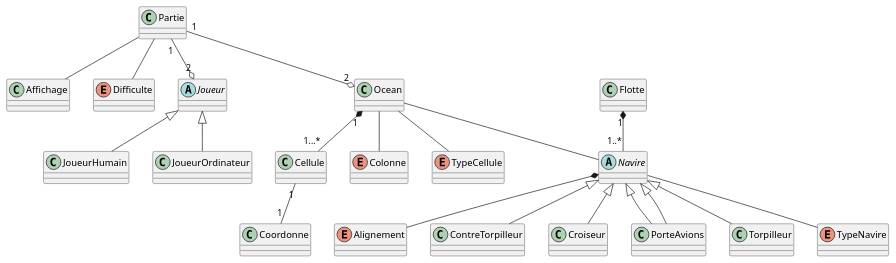
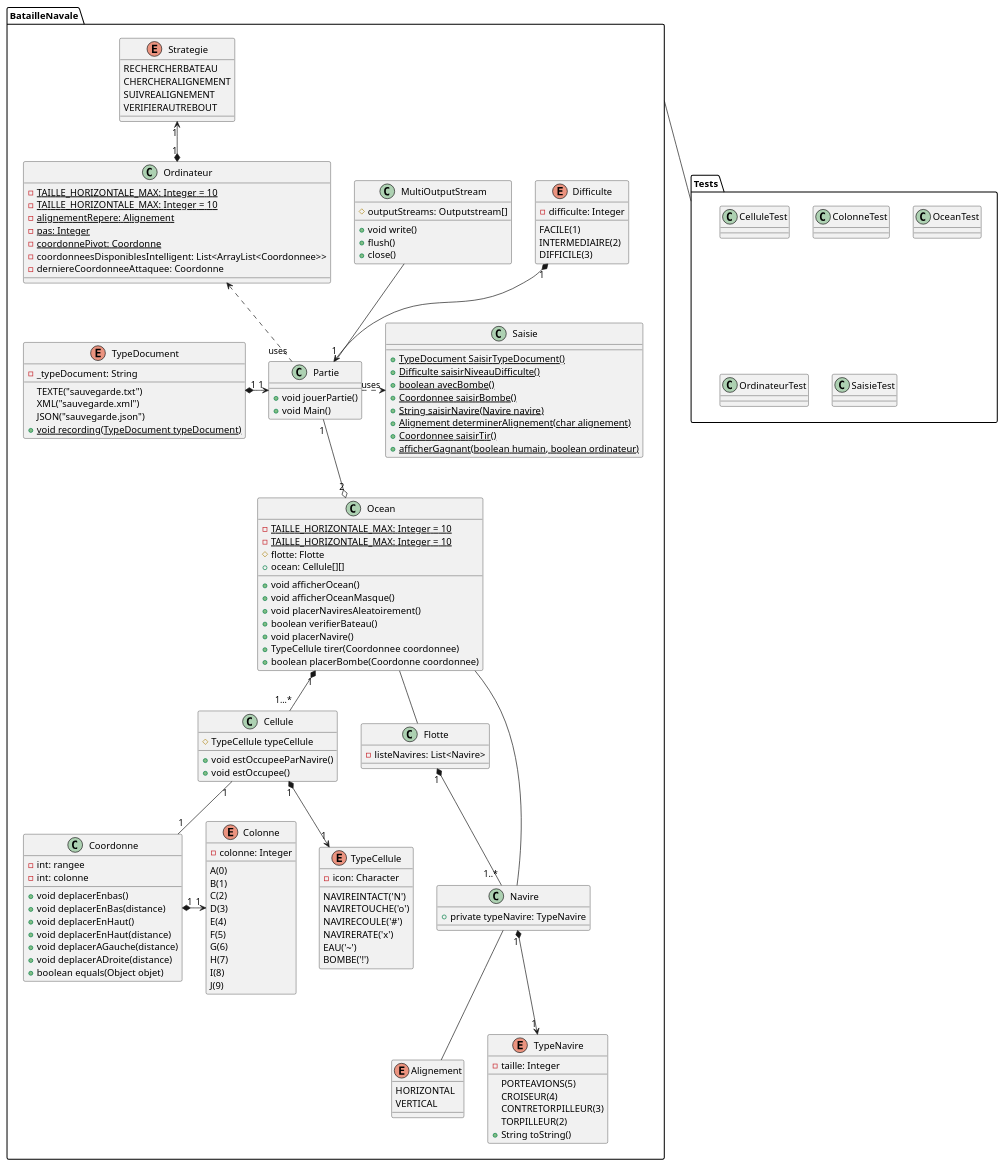
Before and after one commit to Jeremie-Gour/BatailleNavale: the diagram in Diagramme de classes.puml, drawn with PlantUML. The commit also changed 4 other files, not shown here.

```diff
--- a/Diagramme de classes.puml
+++ b/Diagramme de classes.puml
@@ -1,103 +1,204 @@
 @startuml
 'https://plantuml.com/class-diagram
 
-class Affichage{
+
+package BatailleNavale{
+    enum Alignement{
+        HORIZONTAL
+        VERTICAL
+    }
+
+    class Cellule{
+         #TypeCellule typeCellule
+
+         + void estOccupeeParNavire()
+         + void estOccupee()
+    }
+
+    enum Colonne{
+           -colonne: Integer
+           A(0)
+           B(1)
+           C(2)
+           D(3)
+           E(4)
+           F(5)
+           G(6)
+           H(7)
+           I(8)
+           J(9)
+    }
+
+
+    class Coordonne{
+            -int: rangee
+            -int: colonne
+            + void deplacerEnbas()
+            +void deplacerEnBas(distance)
+            +void deplacerEnHaut()
+            +void deplacerEnHaut(distance)
+            +void deplacerAGauche(distance)
+              +void deplacerADroite(distance)
+              + boolean equals(Object objet)
+    }
+
+    enum Difficulte{
+        FACILE(1)
+        INTERMEDIAIRE(2)
+        DIFFICILE(3)
+        - difficulte: Integer
+    }
+
+    class Flotte{
+        - listeNavires: List<Navire>
+    }
+
+    class MultiOutputStream{
+        # outputStreams: Outputstream[]
+        +void write()
+        +flush()
+        +close()
+    }
+
+
+    class Navire{
+         +private typeNavire: TypeNavire
+    }
+
+    class Ocean{
+            -{static} TAILLE_HORIZONTALE_MAX: Integer = 10
+            -{static} TAILLE_HORIZONTALE_MAX: Integer = 10
+            #flotte: Flotte
+            + ocean: Cellule[][]
+           +void afficherOcean()
+            +void afficherOceanMasque()
+            +void placerNaviresAleatoirement()
+            +boolean verifierBateau()
+            +void placerNavire()
+            +TypeCellule tirer(Coordonnee coordonnee)
+            +boolean placerBombe(Coordonne coordonnee)
+    }
+
+    class Ordinateur{
+        -{static} TAILLE_HORIZONTALE_MAX: Integer = 10
+                    -{static} TAILLE_HORIZONTALE_MAX: Integer = 10
+                    - {static} alignementRepere: Alignement
+                    - {static} pas: Integer
+                    - {static} coordonnePivot: Coordonne
+        - coordonneesDisponiblesIntelligent: List<ArrayList<Coordonnee>>
+        - derniereCoordonneeAttaquee: Coordonne
+
+
+    }
+    class Partie{
+        +void jouerPartie()
+        +void Main()
+    }
+
+    class Saisie{
+        +{static} TypeDocument SaisirTypeDocument()
+        +{static} Difficulte saisirNiveauDifficulte()
+        +{static} boolean avecBombe()
+        +{static} Coordonnee saisirBombe()
+        +{static} String saisirNavire(Navire navire)
+        +{static} Alignement determinerAlignement(char alignement)
+        +{static} Coordonnee saisirTir()
+        +{static} afficherGagnant(boolean humain, boolean ordinateur)
+
+    }
+    enum Strategie{
+        RECHERCHERBATEAU
+        CHERCHERALIGNEMENT
+        SUIVREALIGNEMENT
+        VERIFIERAUTREBOUT
+    }
+
+    enum TypeCellule{
+        NAVIREINTACT('N')
+        NAVIRETOUCHE('o')
+        NAVIRECOULE('#')
+        NAVIRERATE('x')
+        EAU('~')
+        BOMBE('!')
+        -icon: Character
+    }
+
+    enum TypeDocument{
+        TEXTE("sauvegarde.txt")
+        XML("sauvegarde.xml")
+        JSON("sauvegarde.json")
+        -_typeDocument: String
+        +{static} void recording(TypeDocument typeDocument)
+    }
+    enum TypeNavire{
+        PORTEAVIONS(5)
+        CROISEUR(4)
+        CONTRETORPILLEUR(3)
+        TORPILLEUR(2)
+        - taille: Integer
+        +String toString()
+    }
+
 }
 
-enum Alignement{
+package Tests{
+class CelluleTest{
 }
 
-class Cellule{
+    class ColonneTest{
+    }
+
+    class OceanTest{
+    }
+
+    class OrdinateurTest{
+    }
+
+    class OrdinateurTest{
+    }
+
+    class SaisieTest{
+    }
 }
 
-enum Colonne{
-}
+Cellule "1" -- "1" Coordonne
 
-class ContreTorpilleur extends Navire{
-}
-
-class Coordonne{
-}
-
-class Croiseur extends Navire{
-}
-
-enum Difficulte{
-}
-
-class Flotte{
-}
-
-abstract class Joueur{
-}
-
-class JoueurHumain extends Joueur{
-}
-
-class JoueurOrdinateur extends Joueur{
-}
-
-class Navire{
-}
-
-class Ocean{
-}
+BatailleNavale -- Tests
 
 
-class Partie{
-}
+Partie "1" <-left-* "1" TypeDocument
 
-class PorteAvions extends Navire{
-}
+Strategie "1" <--* "1" Ordinateur
 
-abstract class Navire{
-}
+Partie ..right..> "uses" Saisie
 
-class Ocean{
-}
-
-class Partie{
-}
-
-class PorteAvions extends Navire{
-}
-
-class Torpilleur extends Navire{
-}
-
-enum TypeCellule{
-}
-
-
-
-enum TypeNavire{
-}
-
-Partie -- Affichage
+Ordinateur <.."uses" Partie
 
 Partie "1" --o "2" Ocean
 
-Partie "1" --o "2" Joueur
+Ocean -- Flotte
 
 
 Flotte "1" *-- "1..*" Navire
 
-Ocean -- TypeCellule
+Cellule "1" *--> "1" TypeCellule
 
-Ocean -- Colonne
 
 Ocean "1" *-- "1...*" Cellule
 
-Cellule "1" -- "1" Coordonne
+
+
+
+Colonne "1" <-left-* "1" Coordonne
 
 Ocean -- Navire
 
 
-Partie -- Difficulte
+Partie "1" <-up-* "1" Difficulte
 
-Navire -- TypeNavire
+Navire "1" *--> "1" TypeNavire
 
+MultiOutputStream -- Partie
 
-
-Navire *-- Alignement
+Navire -- Alignement
 @enduml
```
